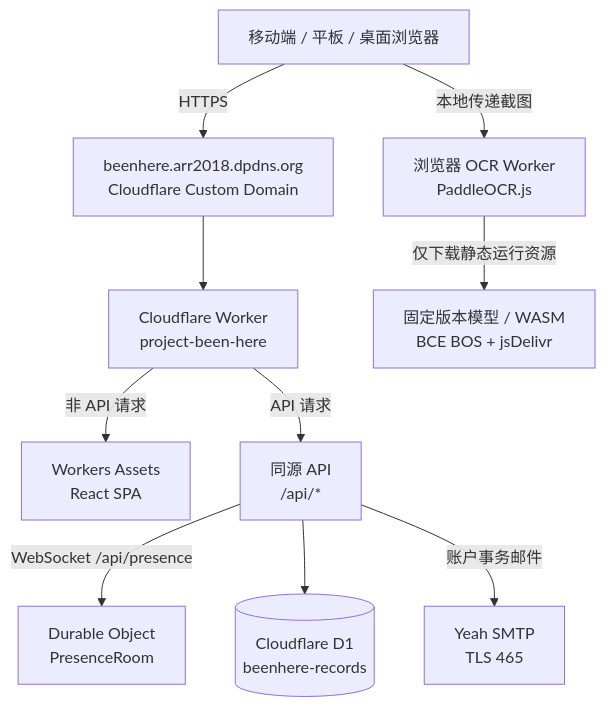
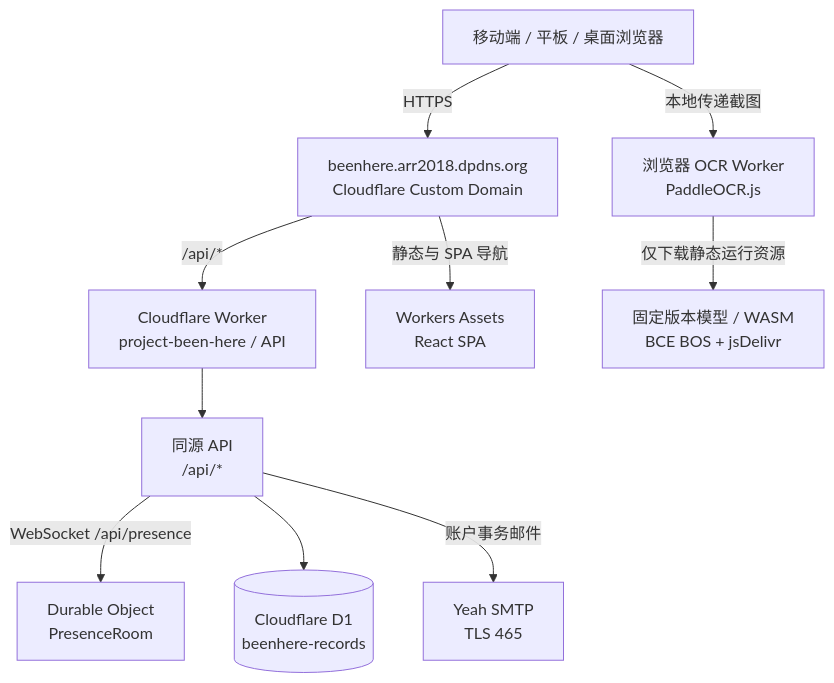
The first of 3 diagrams in docs/ARCHITECTURE.md (PlutoKeating/Project.BeenHere), drawn with Mermaid before and after one commit. The commit also changed other lines of this file and 16 other files, not shown here.

Commit message:
docs: synchronize current architecture and operations

````diff
--- a/docs/ARCHITECTURE.md
+++ b/docs/ARCHITECTURE.md
@@ -7,22 +7,22 @@
 ```mermaid
 flowchart TD
   Browser[移动端 / 平板 / 桌面浏览器]
   Domain[beenhere.arr2018.dpdns.org\nCloudflare Custom Domain]
-  Worker[Cloudflare Worker\nproject-been-here]
+  Worker[Cloudflare Worker\nproject-been-here / API]
   Assets[Workers Assets\nReact SPA]
   API[同源 API\n/api/*]
   Presence[Durable Object\nPresenceRoom]
   OCR[浏览器 OCR Worker\nPaddleOCR.js]
   Models[固定版本模型 / WASM\nBCE BOS + jsDelivr]
   D1[(Cloudflare D1\nbeenhere-records)]
   SMTP[Yeah SMTP\nTLS 465]
 
-  Browser -->|HTTPS| Domain --> Worker
-  Worker -->|非 API 请求| Assets
-  Worker -->|API 请求| API
+  Browser -->|HTTPS| Domain
+  Domain -->|静态与 SPA 导航| Assets
+  Domain -->|/api/*| Worker --> API
   API -->|WebSocket /api/presence| Presence
   API --> D1
   API -->|账户事务邮件| SMTP
   Browser -->|本地传递截图| OCR
   OCR -->|仅下载静态运行资源| Models
 ```
````
